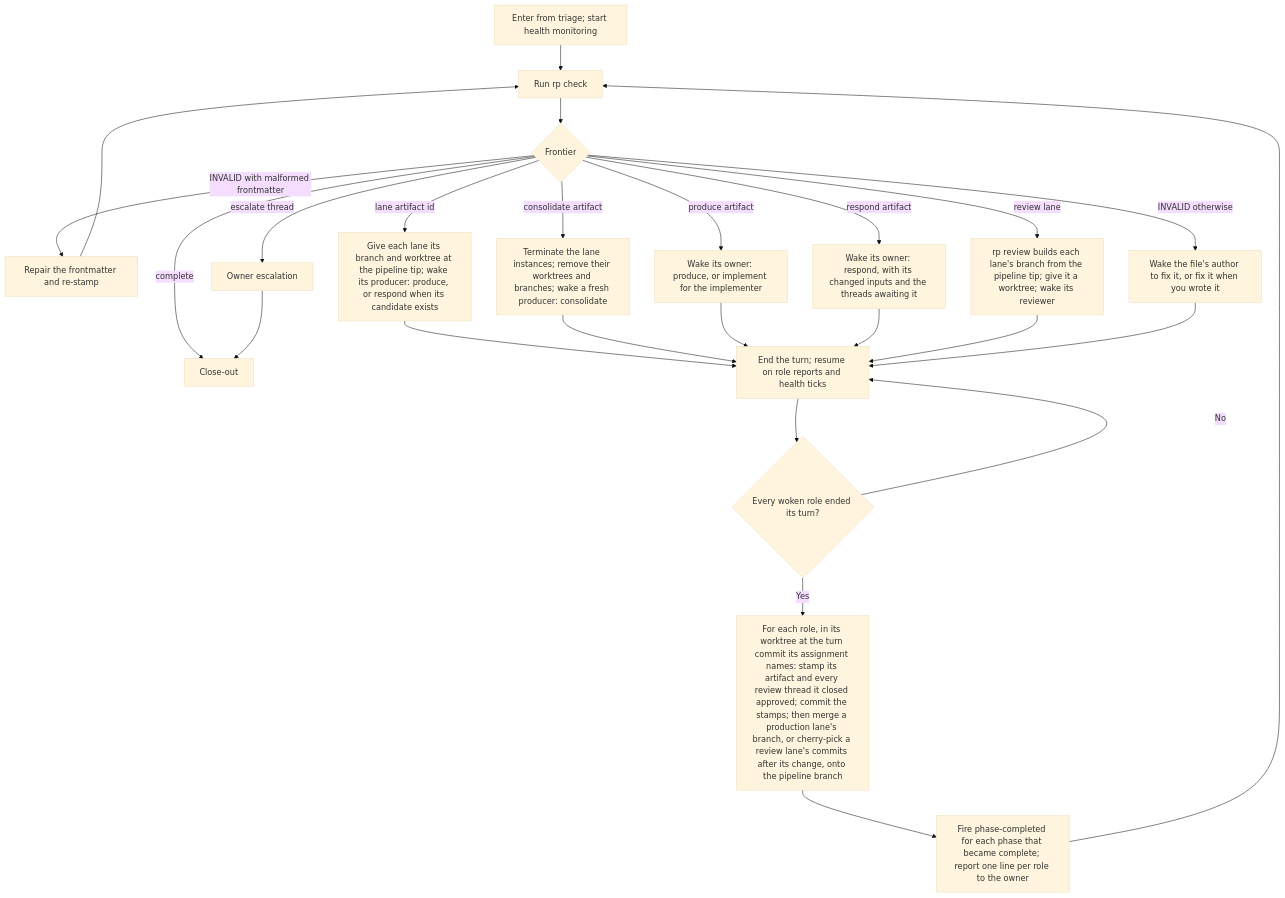
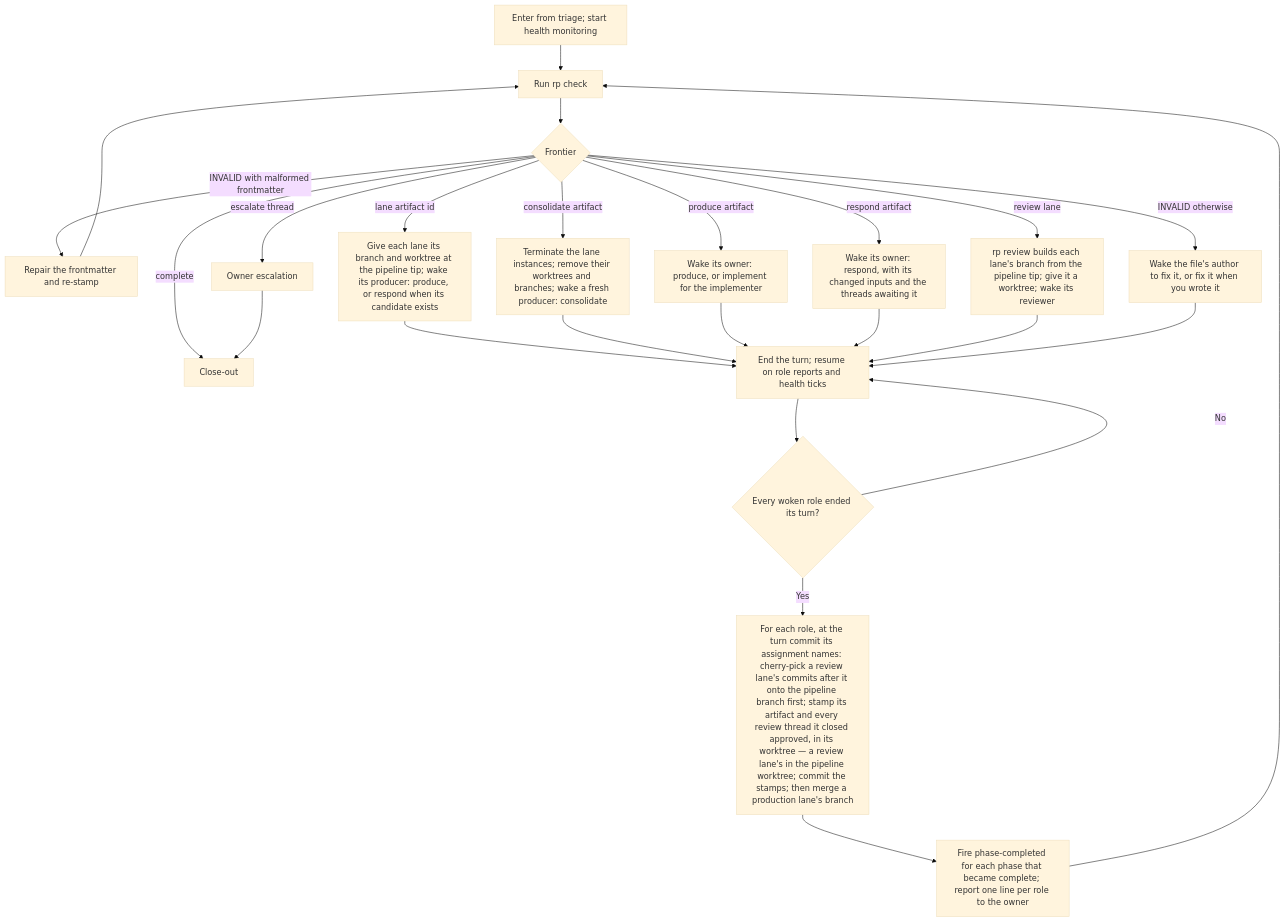
The diagram in docs/flowcharts/loop.md (Automattic/radical-pipelines), drawn with Mermaid (base theme) before and after one commit. The commit also changed 9 other files, not shown here.

Commit message:
Name the review lane's change, not the pipeline tip, as the reviewer's turn commit (assisted)

````diff
--- a/docs/flowcharts/loop.md
+++ b/docs/flowcharts/loop.md
@@ -5,27 +5,27 @@
 ```mermaid
 flowchart TD
     START["Enter from triage; start health monitoring"] --> A["Run rp check"]
     A --> C{"Frontier"}
     C -->|INVALID with malformed frontmatter| FM["Repair the frontmatter and re-stamp"]
     C -->|INVALID otherwise| AUTHOR["Wake the file's author to fix it, or fix it when you wrote it"]
     C -->|escalate thread| OE["Owner escalation"]
     C -->|lane artifact id| LANE["Give each lane its branch and worktree at the pipeline tip; wake its producer: produce, or respond when its candidate exists"]
     C -->|consolidate artifact| CON["Terminate the lane instances; remove their worktrees and branches; wake a fresh producer: consolidate"]
     C -->|produce artifact| PRODUCE["Wake its owner: produce, or implement for the implementer"]
     C -->|respond artifact| RESPOND["Wake its owner: respond, with its changed inputs and the threads awaiting it"]
     C -->|review lane| REVIEW["rp review builds each lane's branch from the pipeline tip; give it a worktree; wake its reviewer"]
     C -->|complete| CLOSE["Close-out"]
     OE --> CLOSE
     FM --> A
     LANE --> WAIT
     CON --> WAIT
     PRODUCE --> WAIT
     RESPOND --> WAIT
     REVIEW --> WAIT
     AUTHOR --> WAIT
     WAIT["End the turn; resume on role reports and health ticks"] --> ENDED{"Every woken role ended its turn?"}
     ENDED -->|No| WAIT
-    ENDED -->|Yes| LAND["For each role, in its worktree at the turn commit its assignment names: stamp its artifact and every review thread it closed approved; commit the stamps; then merge a production lane's branch, or cherry-pick a review lane's commits after its change, onto the pipeline branch"]
+    ENDED -->|Yes| LAND["For each role, at the turn commit its assignment names: cherry-pick a review lane's commits after it onto the pipeline branch first; stamp its artifact and every review thread it closed approved, in its worktree — a review lane's in the pipeline worktree; commit the stamps; then merge a production lane's branch"]
     LAND --> PC["Fire phase-completed for each phase that became complete; report one line per role to the owner"]
     PC --> A
 ```
````
